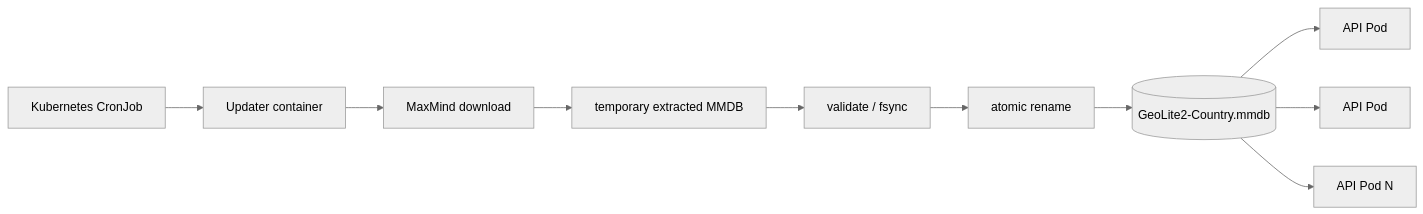
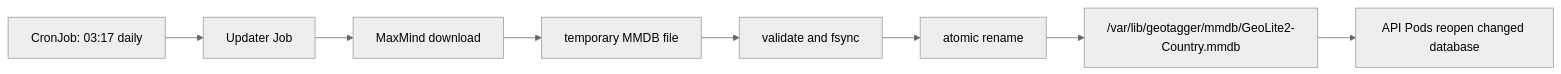
The eighth of 21 diagrams in docs/ARCHITECTURE.md (Jstarzz/geotagger), drawn with Mermaid (neutral theme) before and after one commit. The commit also changed other lines of this file, not shown here.

Commit message:
docs: replace architecture diagrams with GitHub-safe Mermaid

````diff
--- a/docs/ARCHITECTURE.md
+++ b/docs/ARCHITECTURE.md
@@ -313,12 +202,10 @@
 ```mermaid
 flowchart LR
-    CRON[Kubernetes CronJob] --> UPDATER[Updater container]
-    UPDATER --> MAXMIND[MaxMind download]
-    MAXMIND --> TEMP[temporary extracted MMDB]
-    TEMP --> VERIFY[validate / fsync]
-    VERIFY --> ATOMIC[atomic rename]
-    ATOMIC --> ACTIVE[(GeoLite2-Country.mmdb)]
-    ACTIVE --> API1[API Pod]
-    ACTIVE --> API2[API Pod]
-    ACTIVE --> APIN[API Pod N]
+    CRON["CronJob: 03:17 daily"] --> JOB["Updater Job"]
+    JOB --> MAXMIND["MaxMind download"]
+    MAXMIND --> TMP["temporary MMDB file"]
+    TMP --> VERIFY["validate and fsync"]
+    VERIFY --> RENAME["atomic rename"]
+    RENAME --> FILE["/var/lib/geotagger/mmdb/GeoLite2-Country.mmdb"]
+    FILE --> API["API Pods reopen changed database"]
 ```
````
